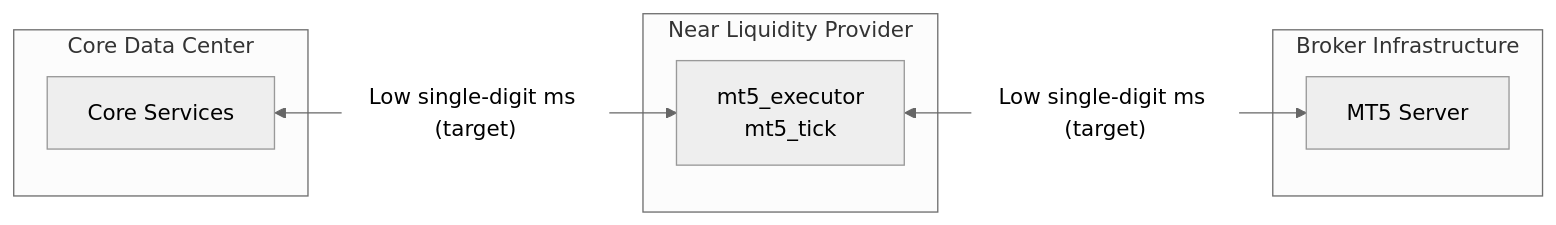
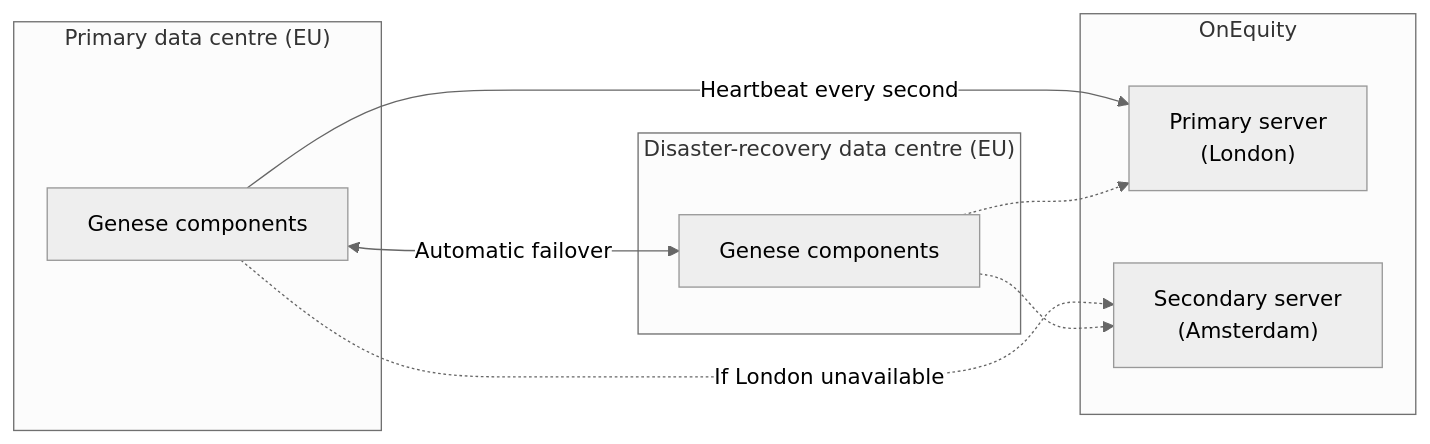
The second of 2 diagrams in docs/architecture/overview.md (blackholefund/external_docs), drawn with Mermaid (neutral theme) before and after one commit. The commit also changed other lines of this file and 17 other files, not shown here.

````diff
--- a/docs/architecture/overview.md
+++ b/docs/architecture/overview.md
@@ -301,17 +35,21 @@
 ```mermaid
 flowchart LR
-    subgraph DC["Core Data Center"]
-        Core["Core Services"]
+    subgraph Primary["Primary data centre (EU)"]
+        P["Genese components"]
     end
 
-    subgraph LP["Near Liquidity Provider"]
-        Exec["mt5_executor\nmt5_tick"]
+    subgraph DR["Disaster-recovery data centre (EU)"]
+        D["Genese components"]
     end
 
-    subgraph Broker["Broker Infrastructure"]
-        MT5["MT5 Server"]
+    subgraph Broker["OnEquity"]
+        London["Primary server\n(London)"]
+        Amsterdam["Secondary server\n(Amsterdam)"]
     end
 
-    Core <-->|"Low single-digit ms (target)"| Exec
-    Exec <-->|"Low single-digit ms (target)"| MT5
+    P <-->|"Automatic failover"| D
+    P -->|"Heartbeat every second"| London
+    P -.->|"If London unavailable"| Amsterdam
+    D -.-> London
+    D -.-> Amsterdam
 ```
````
